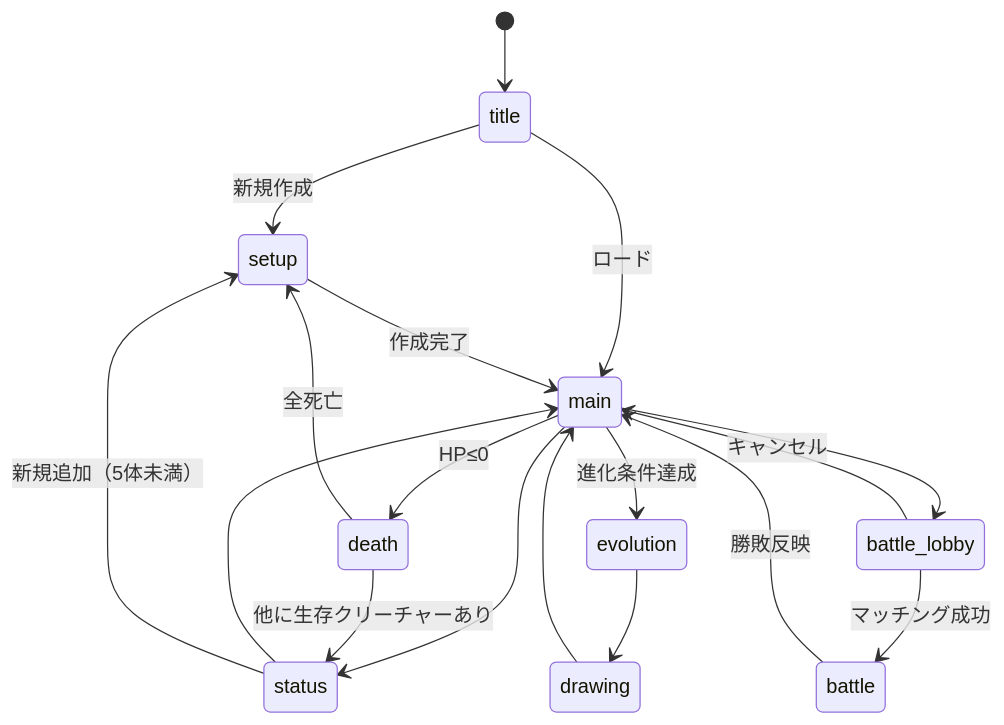
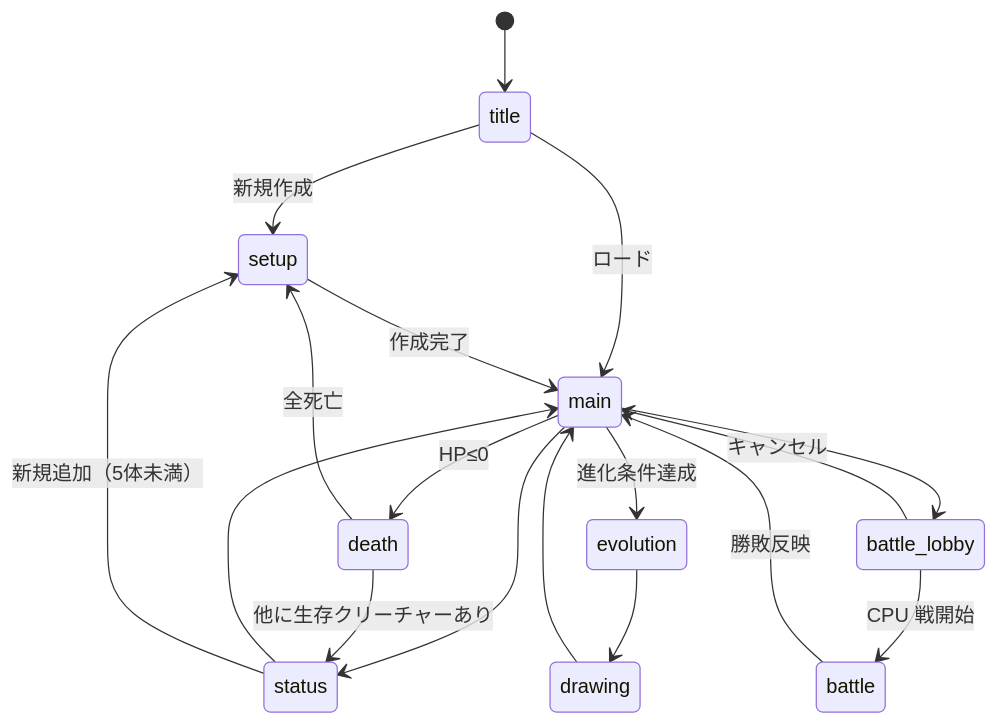
One commit to n-yata/digi-raise changed the fourth of 4 diagrams in docs/functional-design.md. Above: the diagram before and after it, drawn with Mermaid. The commit also changed other lines of this file and 5 other files, not shown here.

````diff
--- a/docs/functional-design.md
+++ b/docs/functional-design.md
@@ -528,20 +240,20 @@
 ```mermaid
 stateDiagram-v2
     [*] --> title
     title --> setup: 新規作成
     title --> main: ロード
     setup --> main: 作成完了
     main --> status
     status --> main
     main --> evolution: 進化条件達成
     evolution --> drawing
     drawing --> main
     main --> death: HP≤0
     death --> status: 他に生存クリーチャーあり
     death --> setup: 全死亡
     main --> battle_lobby
-    battle_lobby --> battle: マッチング成功
+    battle_lobby --> battle: CPU 戦開始
     battle_lobby --> main: キャンセル
     battle --> main: 勝敗反映
     status --> setup: 新規追加（5体未満）
 ```
````
